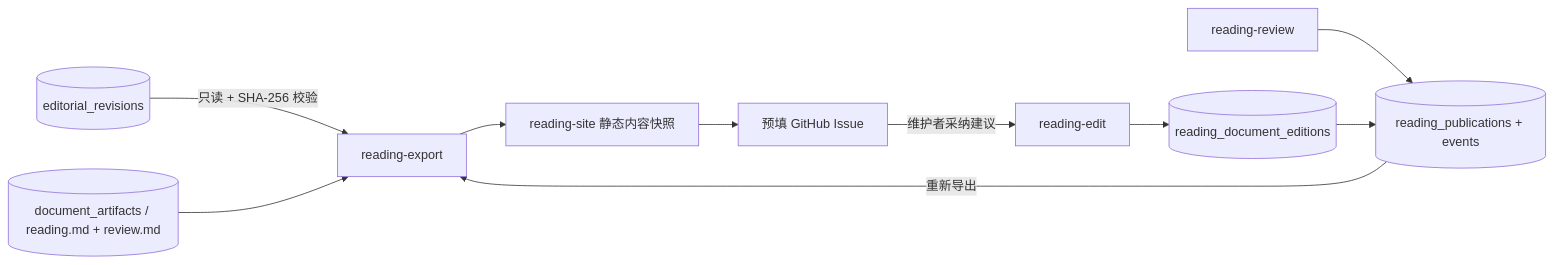
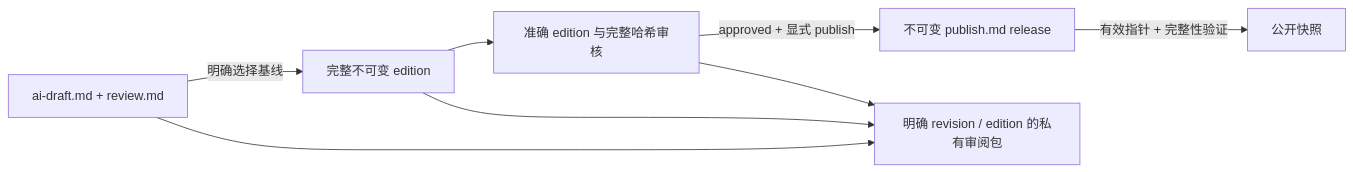
Before and after one commit to SuperCatQR/bilibili-asr-archive: the diagram in docs/ai-proofreading-architecture.md, drawn with Mermaid. The commit also changed other lines of this file and 3 other files, not shown here.

Commit message:
docs: explain immutable editions and release-only publication (#258)

````diff
--- a/docs/ai-proofreading-architecture.md
+++ b/docs/ai-proofreading-architecture.md
@@ -71,12 +76,10 @@
 ```mermaid
 flowchart LR
-  revision[(editorial_revisions)] -->|只读 + SHA-256 校验| export[reading-export]
-  artifact[(document_artifacts / reading.md + review.md)] --> export
-  export --> snapshot[reading-site 静态内容快照]
-  snapshot --> issue[预填 GitHub Issue]
-  issue -->|维护者采纳建议| edit[reading-edit]
-  edit --> editions[(reading_document_editions)]
-  review[reading-review] --> state[(reading_publications + events)]
-  editions --> state
-  state -->|重新导出| export
+  ai[ai-draft.md + review.md] -->|明确选择基线| edition[完整不可变 edition]
+  edition --> review[准确 edition 与完整哈希审核]
+  review -->|approved + 显式 publish| release[不可变 publish.md release]
+  release -->|有效指针 + 完整性验证| public[公开快照]
+  ai --> private[明确 revision / edition 的私有审阅包]
+  edition --> private
+  review --> private
 ```
````
